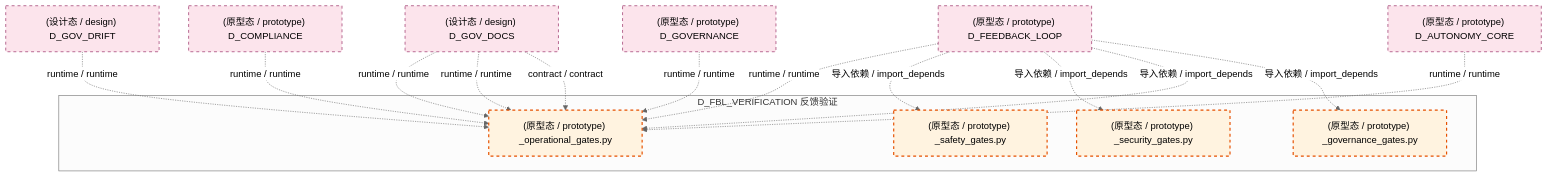
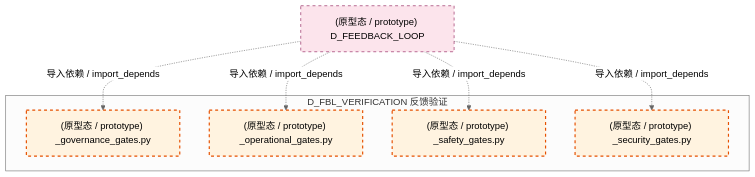
Before and after one commit to xuanFelixVan/ZephyrAlpha: the fifth of 6 diagrams in docs/02_enterprise_architecture/02_domain_architecture_docs/13_d_fbl_verification.md, drawn with Mermaid (neutral theme). The commit also changed other lines of this file and 126 other files, not shown here.

````diff
--- a/docs/02_enterprise_architecture/02_domain_architecture_docs/13_d_fbl_verification.md
+++ b/docs/02_enterprise_architecture/02_domain_architecture_docs/13_d_fbl_verification.md
@@ -449,33 +444,20 @@
 ```mermaid
 graph TD
     subgraph D_FBL_VERIFICATION["D_FBL_VERIFICATION 反馈验证"]
         src_zephyr_feedback_loop_gates_governance_gates_py["(原型态 / prototype) _governance_gates.py"]
         src_zephyr_feedback_loop_gates_operational_gates_py["(原型态 / prototype) _operational_gates.py"]
         src_zephyr_feedback_loop_gates_safety_gates_py["(原型态 / prototype) _safety_gates.py"]
         src_zephyr_feedback_loop_gates_security_gates_py["(原型态 / prototype) _security_gates.py"]
     end
     D_FEEDBACK_LOOP["(原型态 / prototype) D_FEEDBACK_LOOP"]
-    D_FEEDBACK_LOOP -.->|runtime / runtime| src_zephyr_feedback_loop_gates_operational_gates_py
-    D_GOV_DOCS["(设计态 / design) D_GOV_DOCS"]
-    D_GOV_DOCS -.->|runtime / runtime| src_zephyr_feedback_loop_gates_operational_gates_py
-    D_GOV_DRIFT["(设计态 / design) D_GOV_DRIFT"]
-    D_GOV_DRIFT -.->|runtime / runtime| src_zephyr_feedback_loop_gates_operational_gates_py
-    D_COMPLIANCE["(原型态 / prototype) D_COMPLIANCE"]
-    D_COMPLIANCE -.->|runtime / runtime| src_zephyr_feedback_loop_gates_operational_gates_py
-    D_GOVERNANCE["(原型态 / prototype) D_GOVERNANCE"]
-    D_GOVERNANCE -.->|runtime / runtime| src_zephyr_feedback_loop_gates_operational_gates_py
-    D_GOV_DOCS -.->|runtime / runtime| src_zephyr_feedback_loop_gates_operational_gates_py
-    D_GOV_DOCS -.->|contract / contract| src_zephyr_feedback_loop_gates_operational_gates_py
-    D_AUTONOMY_CORE["(原型态 / prototype) D_AUTONOMY_CORE"]
-    D_AUTONOMY_CORE -.->|runtime / runtime| src_zephyr_feedback_loop_gates_operational_gates_py
     D_FEEDBACK_LOOP -.->|导入依赖 / import_depends| src_zephyr_feedback_loop_gates_safety_gates_py
     D_FEEDBACK_LOOP -.->|导入依赖 / import_depends| src_zephyr_feedback_loop_gates_security_gates_py
     D_FEEDBACK_LOOP -.->|导入依赖 / import_depends| src_zephyr_feedback_loop_gates_operational_gates_py
     D_FEEDBACK_LOOP -.->|导入依赖 / import_depends| src_zephyr_feedback_loop_gates_governance_gates_py
     classDef production fill:#e1f5fe,stroke:#01579b,stroke-width:2px,color:#000
     classDef design fill:#fff3e0,stroke:#e65100,stroke-width:2px,color:#000,stroke-dasharray: 5 5
     classDef external_prod fill:#e8f5e9,stroke:#1b5e20,stroke-width:1px,color:#000
     classDef external_design fill:#fce4ec,stroke:#880e4f,stroke-width:1px,color:#000,stroke-dasharray: 5 5
     class src_zephyr_feedback_loop_gates_governance_gates_py,src_zephyr_feedback_loop_gates_operational_gates_py,src_zephyr_feedback_loop_gates_safety_gates_py,src_zephyr_feedback_loop_gates_security_gates_py design
-    class D_FEEDBACK_LOOP,D_GOV_DOCS,D_GOV_DRIFT,D_COMPLIANCE,D_GOVERNANCE,D_AUTONOMY_CORE external_design
+    class D_FEEDBACK_LOOP external_design
 ```
````
